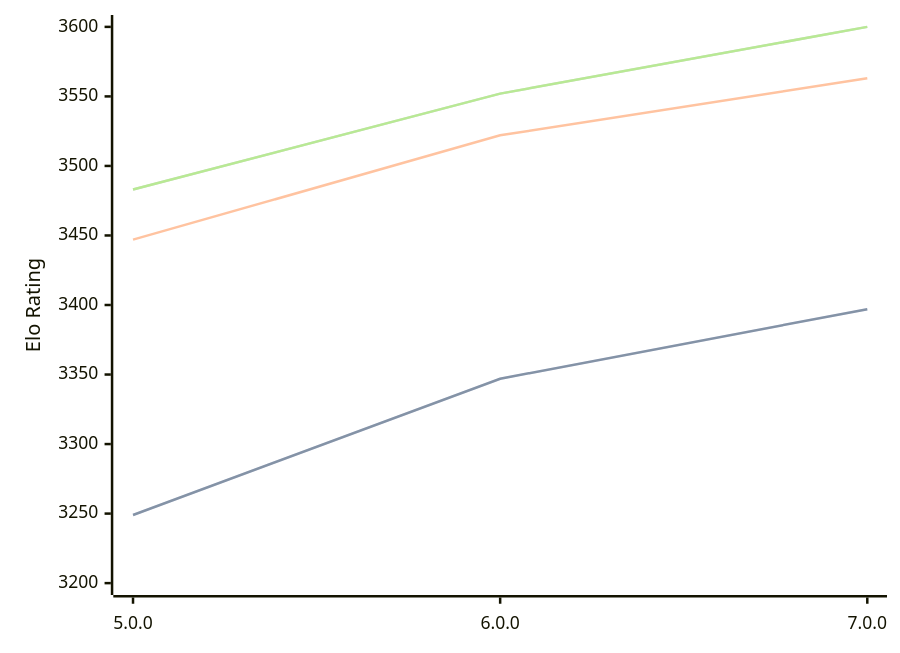
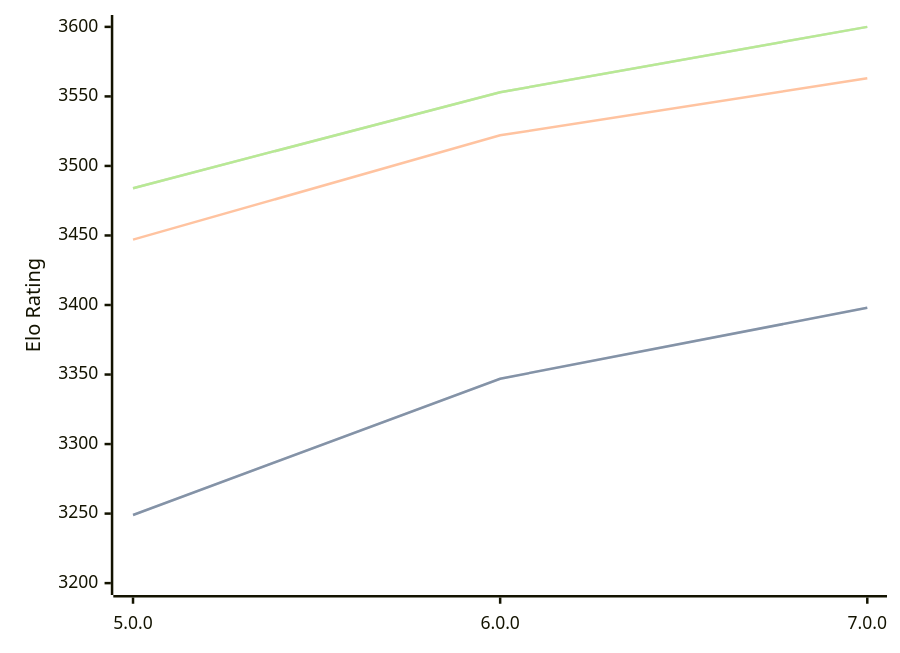
Before and after one commit to computer-chess-index/cci: the diagram in engines/Stormphrax.md, drawn with Mermaid. The commit also changed other lines of this file, not shown here.

Commit message:
Update CCI Ratings (ELO VLTC) - 2026-05-13

````diff
--- a/engines/Stormphrax.md
+++ b/engines/Stormphrax.md
@@ -38,11 +38,11 @@
 ```mermaid
 %%{init: {"theme":"base","themeVariables":{"seriesColors:['#a3a3a3','#222221','#faa371']}}}%%
 xychart-beta
   x-axis ["5.0.0", "6.0.0", "7.0.0"]
   y-axis "Elo Rating" 3200 --> 3600
-  line "STC (8.0+0.08s)" [3249, 3347, 3397]
-  line "STC (8.0+0.08s)" [3249, 3347, 3397]
+  line "STC (8.0+0.08s)" [3249, 3347, 3398]
+  line "STC (8.0+0.08s)" [3249, 3347, 3398]
   line "LTC (60.0+0.60s)" [3447, 3522, 3563]
-  line "VLTC (2m24s+1.12s)" [3483, 3552, 3600]
-  line "VLTC (2m24s+1.12s)" [3483, 3552, 3600]
+  line "VLTC (2m24s+1.12s)" [3484, 3553, 3600]
+  line "VLTC (2m24s+1.12s)" [3484, 3553, 3600]
 ```
````
